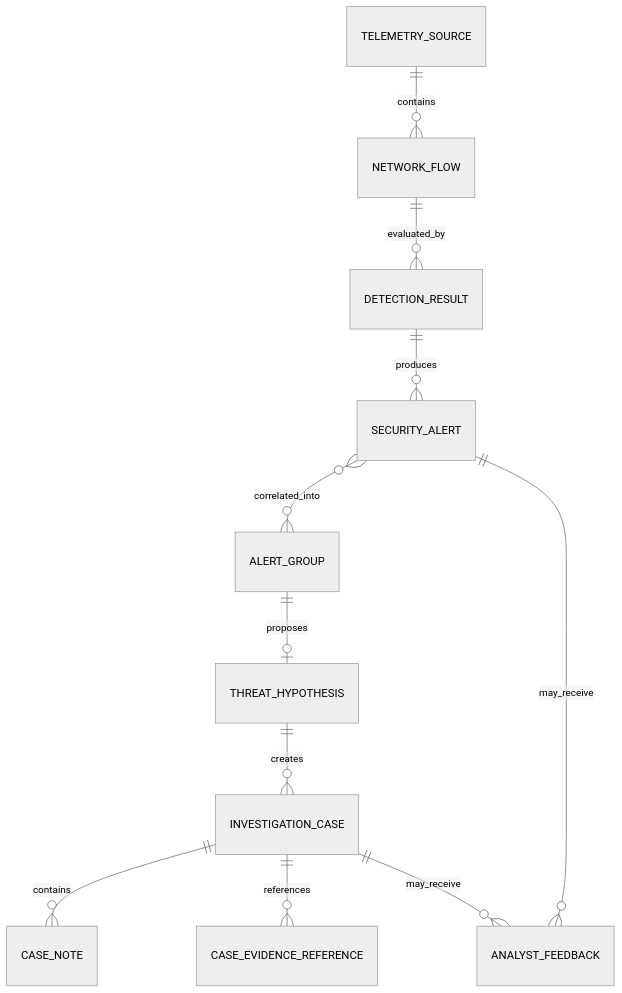
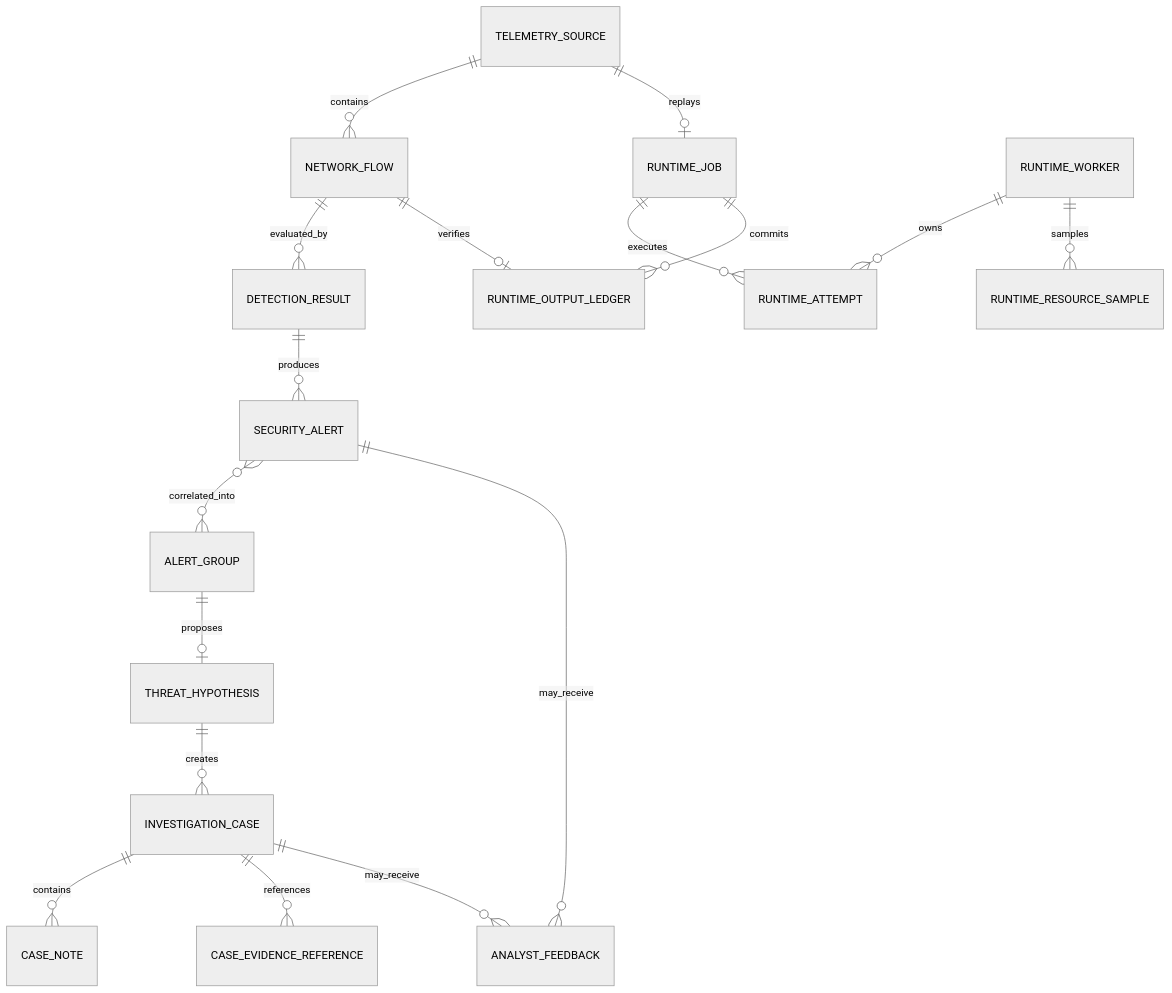
The diagram in docs/data_model.md (SaXingrui-UM/aegishunt), drawn with Mermaid (neutral theme) before and after one commit. The commit also changed other lines of this file and 59 other files, not shown here.

````diff
--- a/docs/data_model.md
+++ b/docs/data_model.md
@@ -105,13 +116,19 @@
 ```mermaid
 erDiagram
     TELEMETRY_SOURCE ||--o{ NETWORK_FLOW : contains
     NETWORK_FLOW ||--o{ DETECTION_RESULT : evaluated_by
     DETECTION_RESULT ||--o{ SECURITY_ALERT : produces
     SECURITY_ALERT }o--o{ ALERT_GROUP : correlated_into
     ALERT_GROUP ||--o| THREAT_HYPOTHESIS : proposes
     THREAT_HYPOTHESIS ||--o{ INVESTIGATION_CASE : creates
     INVESTIGATION_CASE ||--o{ CASE_NOTE : contains
     INVESTIGATION_CASE ||--o{ CASE_EVIDENCE_REFERENCE : references
     INVESTIGATION_CASE ||--o{ ANALYST_FEEDBACK : may_receive
     SECURITY_ALERT ||--o{ ANALYST_FEEDBACK : may_receive
+    TELEMETRY_SOURCE ||--o| RUNTIME_JOB : replays
+    RUNTIME_JOB ||--o{ RUNTIME_ATTEMPT : executes
+    RUNTIME_JOB ||--o{ RUNTIME_OUTPUT_LEDGER : commits
+    RUNTIME_WORKER ||--o{ RUNTIME_ATTEMPT : owns
+    RUNTIME_WORKER ||--o{ RUNTIME_RESOURCE_SAMPLE : samples
+    NETWORK_FLOW ||--o| RUNTIME_OUTPUT_LEDGER : verifies
 ```
````
